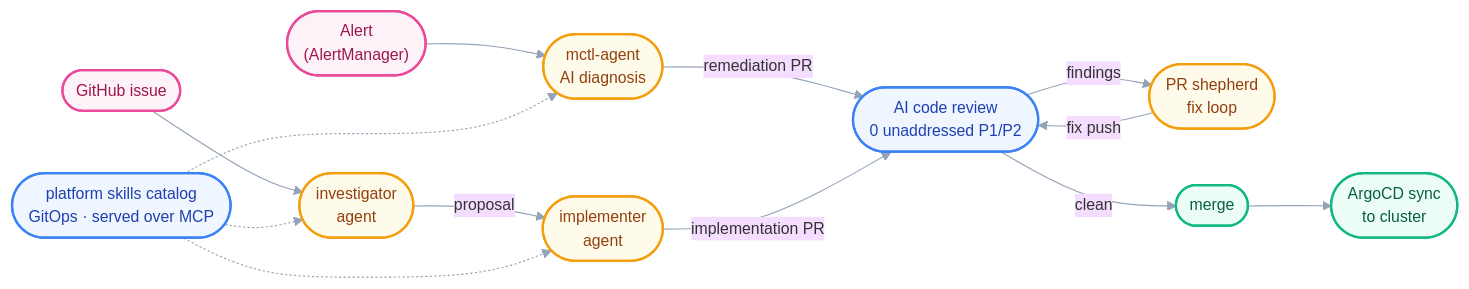
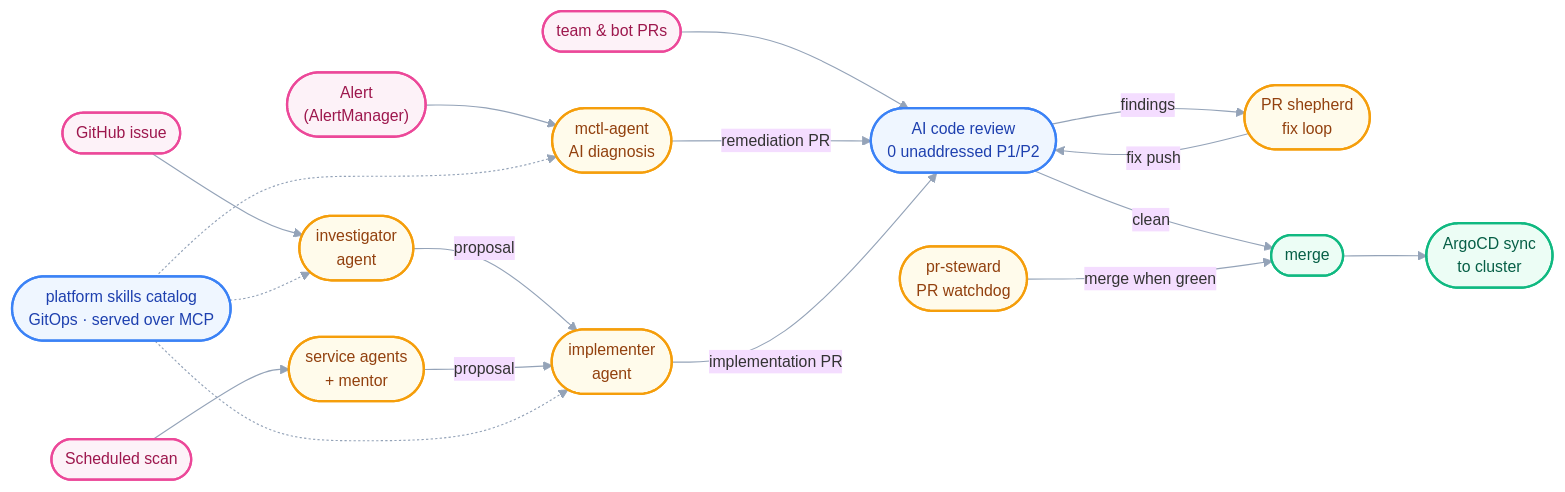
Before and after one commit to mctlhq/.github: the second of 2 diagrams in profile/README.md, drawn with Mermaid.

Commit message:
docs: add pr-steward and Tier-1 proactive path to AI Automation Loop
The diagram showed only the issue-driven entry and the Tier-3 shepherd.
Add the scheduled Tier-1 rotation (service agents + mentor -> proposals)
and the pr-steward watchdog that merges team/bot PRs when the review
gate and CI are green — a separate agent from the shepherd.

````diff
--- a/profile/README.md
+++ b/profile/README.md
@@ -141,22 +141,26 @@
 ```mermaid
 %%{init: {'theme': 'base', 'themeVariables': {'lineColor': '#94a3b8', 'fontSize': '14px'}}}%%
 graph LR
   classDef trig fill:#fdf2f8,stroke:#ec4899,stroke-width:2px,color:#9d174d
   classDef agent fill:#fffbeb,stroke:#f59e0b,stroke-width:2px,color:#92400e
   classDef gate fill:#eff6ff,stroke:#3b82f6,stroke-width:2px,color:#1e40af
   classDef done fill:#ecfdf5,stroke:#10b981,stroke-width:2px,color:#065f46
 
   Alert(["Alert<br/>(AlertManager)"]):::trig --> SelfHeal(["mctl-agent<br/>AI diagnosis"]):::agent
   Issue(["GitHub issue"]):::trig --> Investigator(["investigator<br/>agent"]):::agent
+  Scan(["Scheduled scan"]):::trig --> Tier1(["service agents<br/>+ mentor"]):::agent
+  TeamPR(["team & bot PRs"]):::trig --> Review(["AI code review<br/>0 unaddressed P1/P2"]):::gate
   Investigator -- proposal --> Implementer(["implementer<br/>agent"]):::agent
-  SelfHeal -- remediation PR --> Review(["AI code review<br/>0 unaddressed P1/P2"]):::gate
+  Tier1 -- proposal --> Implementer
+  SelfHeal -- remediation PR --> Review
   Implementer -- implementation PR --> Review
   Review -- findings --> Shepherd(["PR shepherd<br/>fix loop"]):::agent
   Shepherd -- fix push --> Review
   Review -- clean --> Merge(["merge"]):::done
+  Steward(["pr-steward<br/>PR watchdog"]):::agent -- merge when green --> Merge
   Merge --> Sync(["ArgoCD sync<br/>to cluster"]):::done
   Skills(["platform skills catalog<br/>GitOps · served over MCP"]):::gate
   Skills -.-> SelfHeal
   Skills -.-> Investigator
   Skills -.-> Implementer
 ```
````
